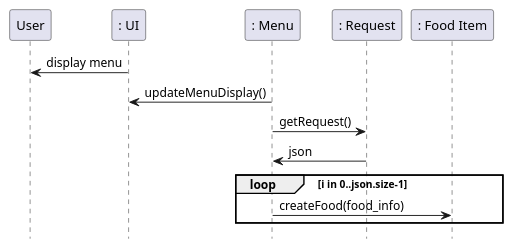
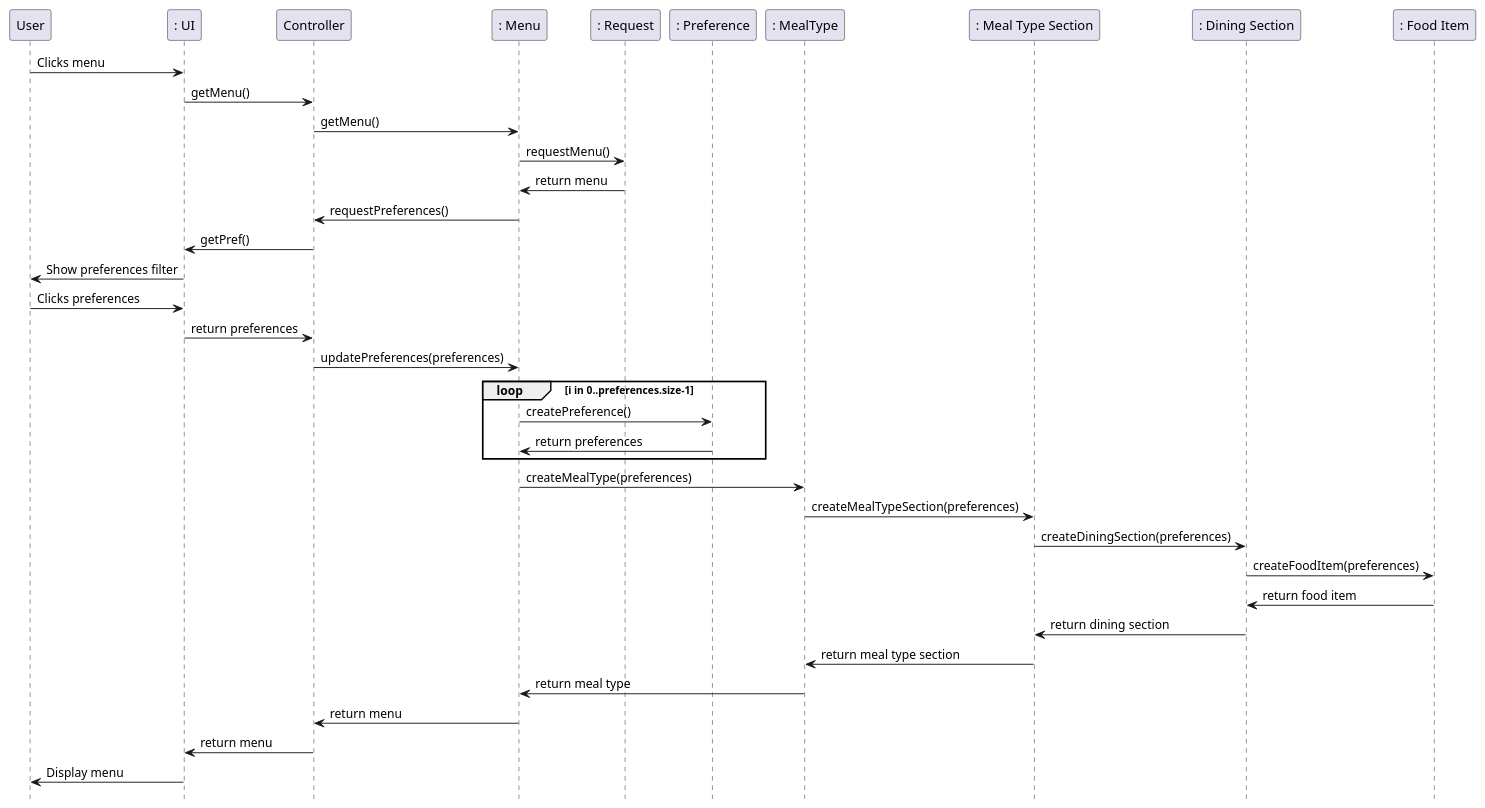
One commit to EzekielEkanem/team-1d changed the second of 2 diagrams in intellij/doc/use-cases/use-case-browse.md. Above: the diagram before and after it, drawn with PlantUML. The commit also changed 1 other file, not shown here.

Commit message:
Added the sequence diagram

````diff
--- a/intellij/doc/use-cases/use-case-browse.md
+++ b/intellij/doc/use-cases/use-case-browse.md
@@ -81,32 +81,49 @@
 ```plantuml
 Sequence diagrams: messages
 @startuml
 hide footbox
 
 participant "User" as user
 participant ": UI" as ui
+participant "Controller" as controller
 participant ": Menu" as menu
 participant ": Request" as request
+participant ": Preference" as preference
+participant ": MealType" as meal_t
+participant ": Meal Type Section" as meal_t_s
+participant ": Dining Section" as d_s
 participant ": Food Item" as food_item
 
+user -> ui : Clicks menu
+ui -> controller : getMenu()
+controller -> menu : getMenu()
+menu -> request : requestMenu()
+request -> menu : return menu
+menu -> controller : requestPreferences()
+controller -> ui : getPref()
+ui -> user : Show preferences filter
+user -> ui : Clicks preferences
+ui -> controller : return preferences
+controller -> menu : updatePreferences(preferences)
+loop i in 0..preferences.size-1
+    menu -> preference : createPreference()
+    preference -> menu : return preferences
+end
+menu -> meal_t : createMealType(preferences)
+meal_t -> meal_t_s : createMealTypeSection(preferences)
+meal_t_s -> d_s : createDiningSection(preferences)
+d_s -> food_item : createFoodItem(preferences)
+food_item -> d_s : return food item
+d_s -> meal_t_s : return dining section
+meal_t_s -> meal_t : return meal type section
+meal_t -> menu : return meal type
+menu -> controller : return menu
+controller -> ui : return menu
+ui -> user : Display menu
 
-
-
-
-
-
-
-
-ui -> user : display menu
-menu -> ui : updateMenuDisplay()
-menu -> request : getRequest()
-request -> menu : json
-loop i in 0..json.size-1
-    menu -> food_item : createFood(food_info)
-end 
 
 
 
 
 @enduml
 ```
````
